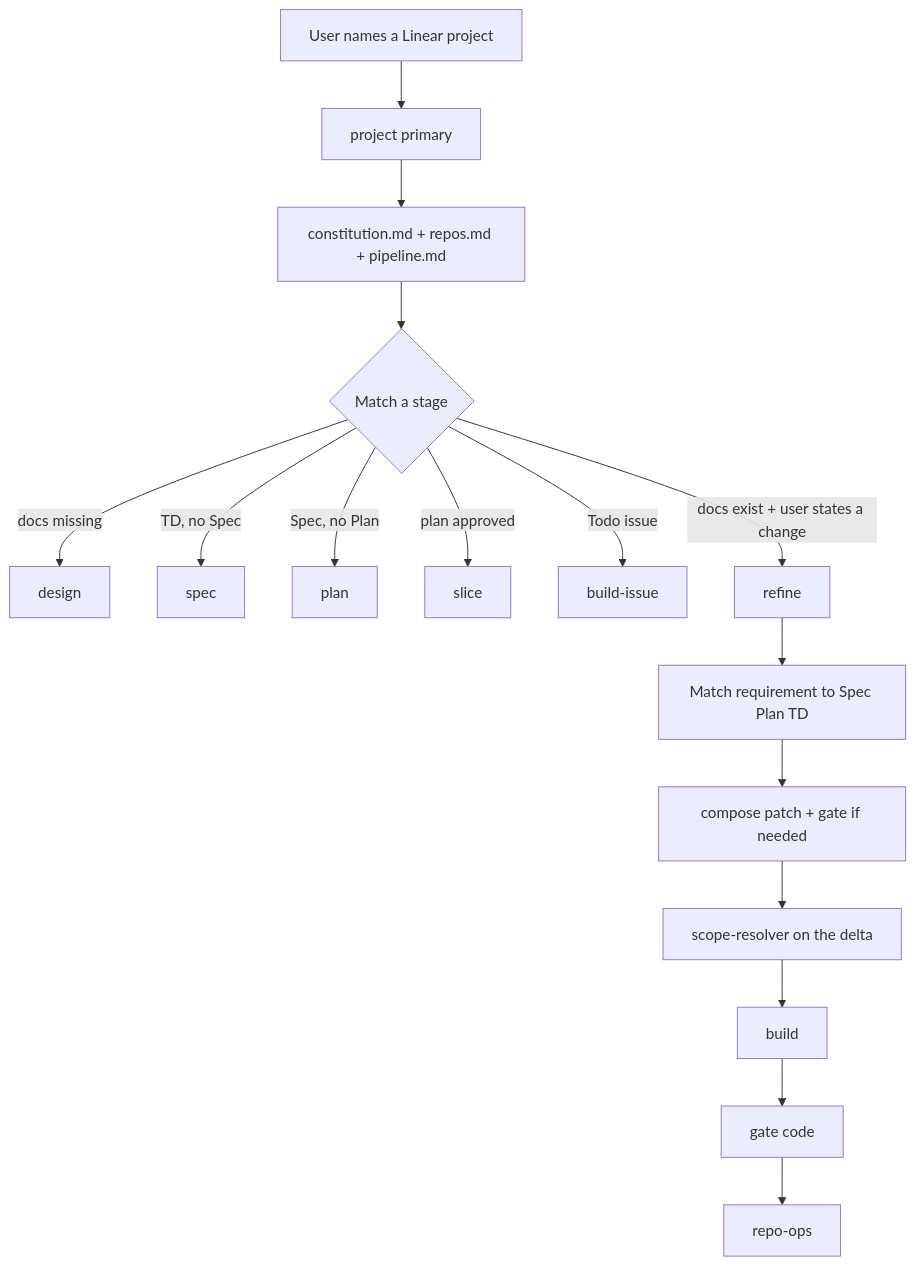
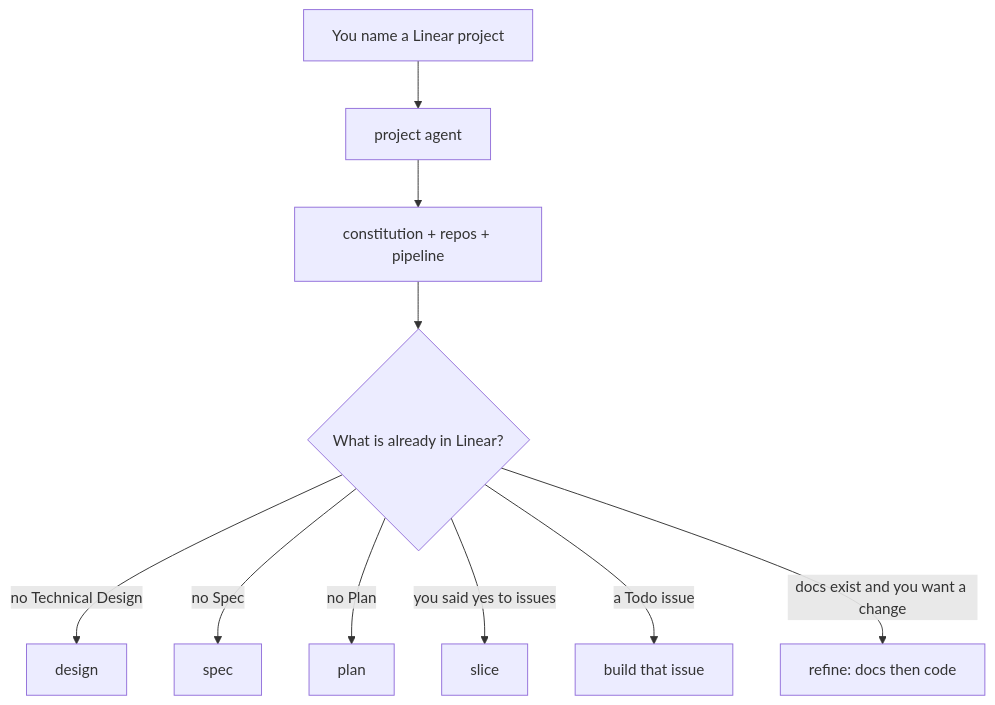
The diagram in .opencode/README.md (eventincgroup/pooya-workspace), drawn with Mermaid before and after one commit. The commit also changed other lines of this file and 1 other file, not shown here.

````diff
--- a/.opencode/README.md
+++ b/.opencode/README.md
@@ -13,18 +13,12 @@
 ```mermaid
 flowchart TD
-    User["User names a Linear project"] --> Project["project primary"]
-    Project --> Files["constitution.md + repos.md + pipeline.md"]
-    Files --> Stage{"Match a stage"}
-    Stage -->|"docs missing"| Design["design"]
-    Stage -->|"TD, no Spec"| Spec["spec"]
-    Stage -->|"Spec, no Plan"| Plan["plan"]
-    Stage -->|"plan approved"| Slice["slice"]
-    Stage -->|"Todo issue"| BuildIssue["build-issue"]
-    Stage -->|"docs exist + user states a change"| Refine["refine"]
-    Refine --> Match["Match requirement to Spec Plan TD"]
-    Match --> Patch["compose patch + gate if needed"]
-    Patch --> Delta["scope-resolver on the delta"]
-    Delta --> Build["build"]
-    Build --> GateCode["gate code"]
-    GateCode --> Git["repo-ops"]
+    User["You name a Linear project"] --> Project["project agent"]
+    Project --> Files["constitution + repos + pipeline"]
+    Files --> Stage{"What is already in Linear?"}
+    Stage -->|"no Technical Design"| Design["design"]
+    Stage -->|"no Spec"| Spec["spec"]
+    Stage -->|"no Plan"| Plan["plan"]
+    Stage -->|"you said yes to issues"| Slice["slice"]
+    Stage -->|"a Todo issue"| BuildIssue["build that issue"]
+    Stage -->|"docs exist and you want a change"| Refine["refine: docs then code"]
 ```
````
